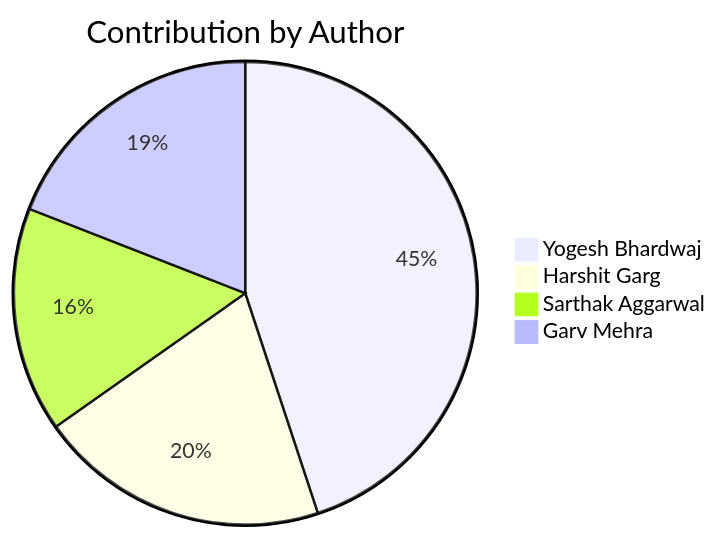
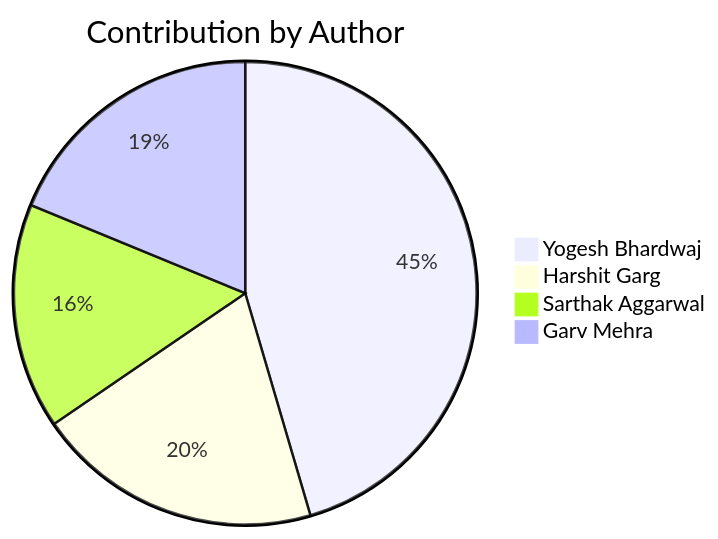
The second of 2 diagrams in README.md (Yogesh-Bhardwaj-hue/Scm-Final_2.0), drawn with Mermaid before and after one commit. The commit also changed other lines of this file, not shown here.

Commit message:
GYDnTsUDTs6C

````diff
--- a/README.md
+++ b/README.md
@@ -220,7 +220,7 @@
 ```mermaid
 pie title Contribution by Author
-    "Yogesh Bhardwaj": 146
+    "Yogesh Bhardwaj": 150
     "Harshit Garg": 66
-    "Sarthak Aggarwal": 51
+    "Sarthak Aggarwal": 52
     "Garv Mehra": 62
 ```
````
